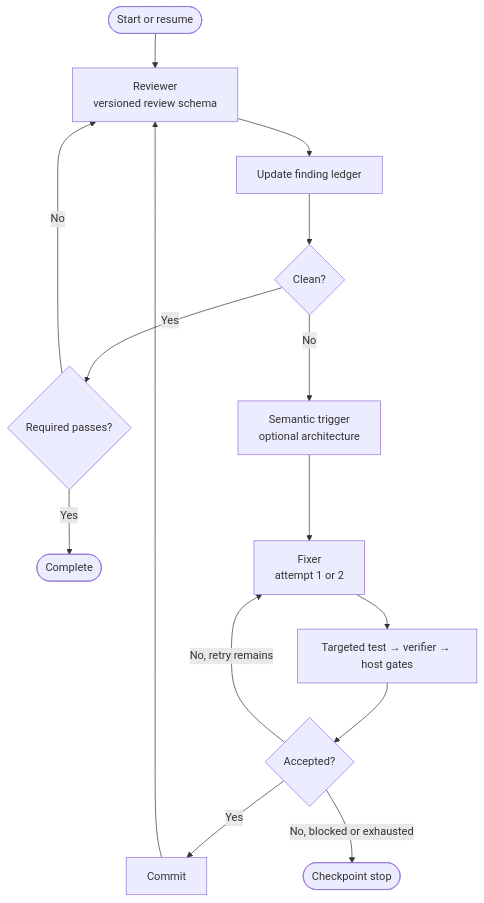
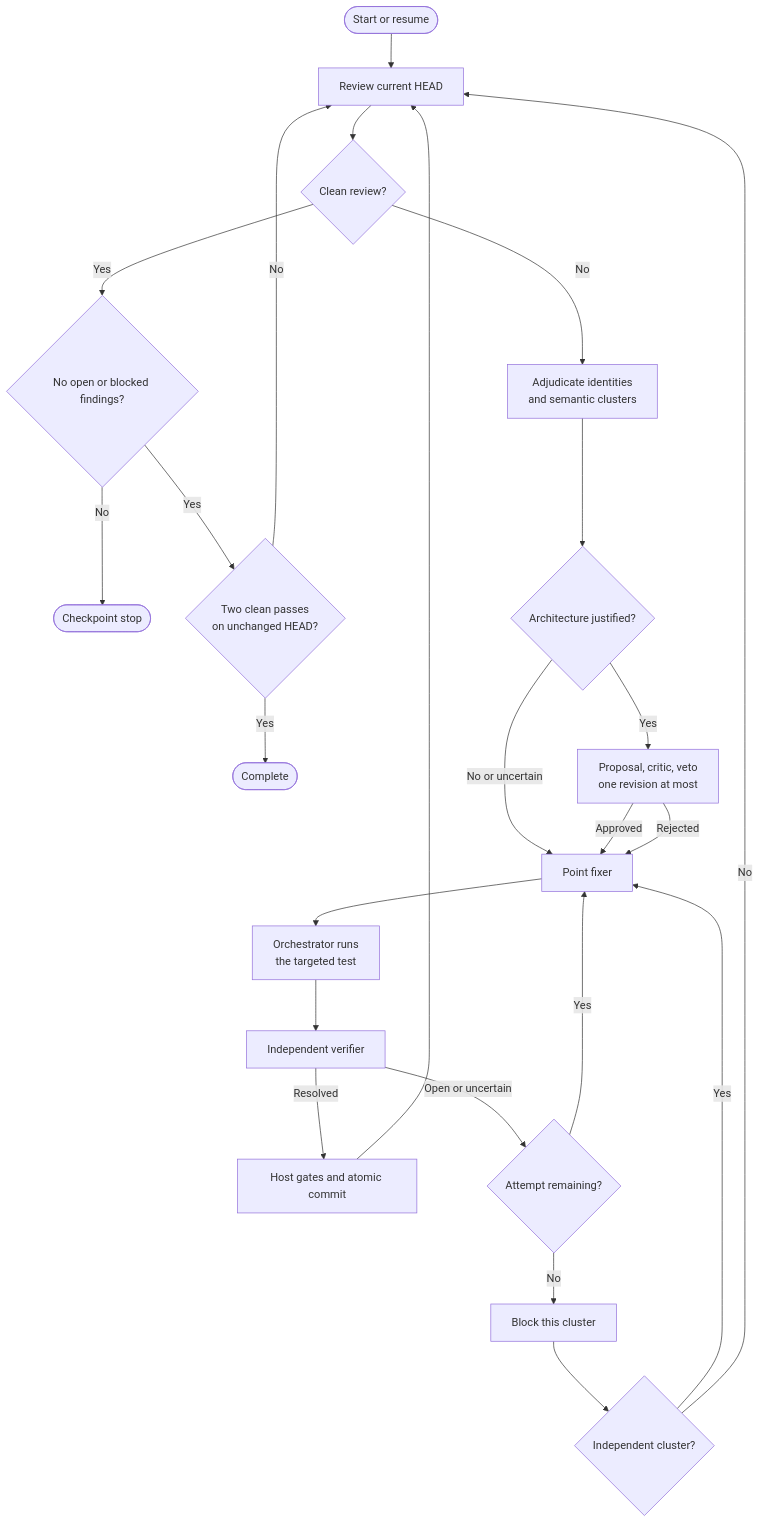
The diagram in README.md (InnerLive/CodexReviewLoop), drawn with Mermaid before and after one commit. The commit also changed other lines of this file and 17 other files, not shown here.

````diff
--- a/README.md
+++ b/README.md
@@ -59,18 +61,29 @@
 ```mermaid
 flowchart TD
-    start([Start or resume]) --> review["Reviewer<br/>versioned review schema"]
-    review --> ledger["Update finding ledger"]
-    ledger --> clean{"Clean?"}
-    clean -- Yes --> passes{"Required passes?"}
+    start([Start or resume]) --> review[Review current HEAD]
+    review --> clean{Clean review?}
+
+    clean -- Yes --> clear{No open or blocked findings?}
+    clear -- No --> stopped([Checkpoint stop])
+    clear -- Yes --> passes{Two clean passes<br/>on unchanged HEAD?}
     passes -- Yes --> done([Complete])
     passes -- No --> review
 
-    clean -- No --> decide["Semantic trigger<br/>optional architecture"]
-    decide --> fixer["Fixer<br/>attempt 1 or 2"]
-    fixer --> quality["Targeted test → verifier → host gates"]
-    quality --> accepted{"Accepted?"}
-    accepted -- Yes --> commit["Commit"]
-    commit --> review
-    accepted -- "No, retry remains" --> fixer
-    accepted -- "No, blocked or exhausted" --> stop([Checkpoint stop])
+    clean -- No --> identity[Adjudicate identities<br/>and semantic clusters]
+    identity --> architecture{Architecture justified?}
+    architecture -- Yes --> gate[Proposal, critic, veto<br/>one revision at most]
+    architecture -- "No or uncertain" --> fix[Point fixer]
+    gate -- Approved --> fix
+    gate -- Rejected --> fix
+
+    fix --> test[Orchestrator runs<br/>the targeted test]
+    test --> verify[Independent verifier]
+    verify -- Resolved --> host[Host gates and atomic commit]
+    host --> review
+    verify -- "Open or uncertain" --> retry{Attempt remaining?}
+    retry -- Yes --> fix
+    retry -- No --> blocked[Block this cluster]
+    blocked --> more{Independent cluster?}
+    more -- Yes --> fix
+    more -- No --> review
 ```
````
